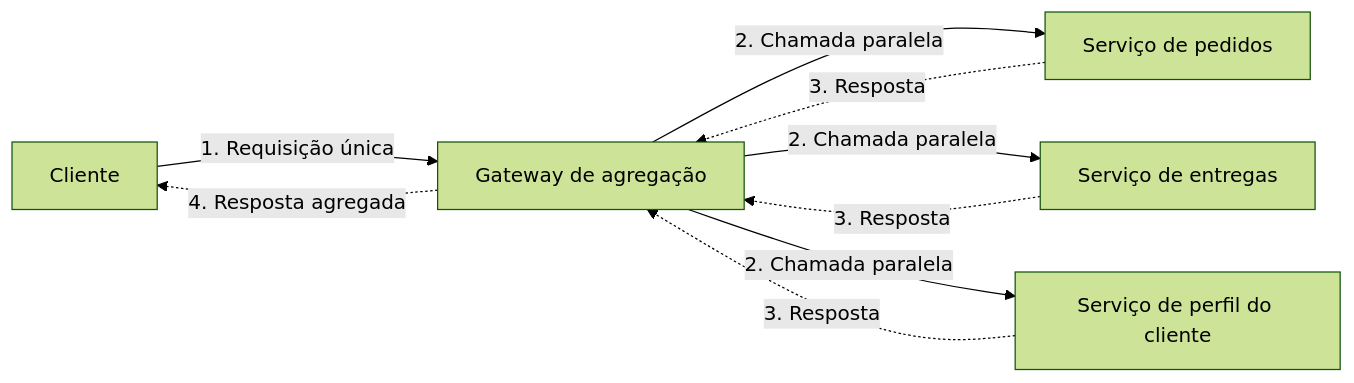
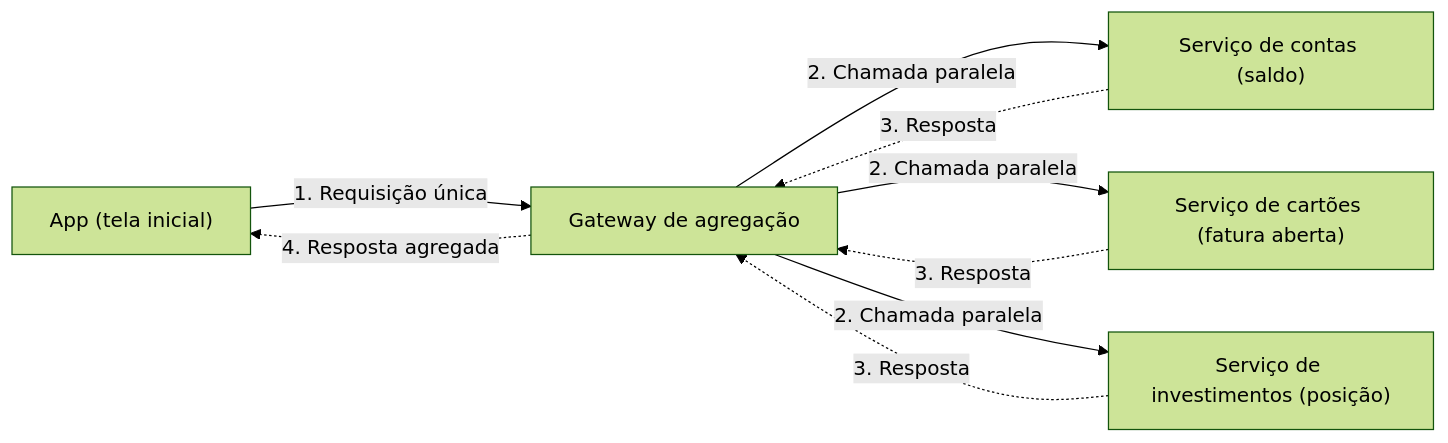
Before and after one commit to alancesar/design-patterns: the diagram in docs/architecture/cloud-design-patterns/gateways-and-edge/gateway-aggregation.md, drawn with Mermaid (forest theme). The commit also changed other lines of this file and 13 other files, not shown here.

Commit message:
Switch cloud-design-patterns concrete diagrams to fintech scenarios

````diff
--- a/docs/architecture/cloud-design-patterns/gateways-and-edge/gateway-aggregation.md
+++ b/docs/architecture/cloud-design-patterns/gateways-and-edge/gateway-aggregation.md
@@ -64,11 +64,11 @@
 ```mermaid
 flowchart LR
-    C["Cliente"] -->|"1. Requisição única"| G["Gateway de agregação"]
-    G -->|"2. Chamada paralela"| S1["Serviço de pedidos"]
-    G -->|"2. Chamada paralela"| S2["Serviço de entregas"]
-    G -->|"2. Chamada paralela"| S3["Serviço de perfil do cliente"]
+    C["App (tela inicial)"] -->|"1. Requisição única"| G["Gateway de agregação"]
+    G -->|"2. Chamada paralela"| S1["Serviço de contas (saldo)"]
+    G -->|"2. Chamada paralela"| S2["Serviço de cartões (fatura aberta)"]
+    G -->|"2. Chamada paralela"| S3["Serviço de investimentos (posição)"]
     S1 -.->|"3. Resposta"| G
     S2 -.->|"3. Resposta"| G
     S3 -.->|"3. Resposta"| G
     G -.->|"4. Resposta agregada"| C
 ```
````
